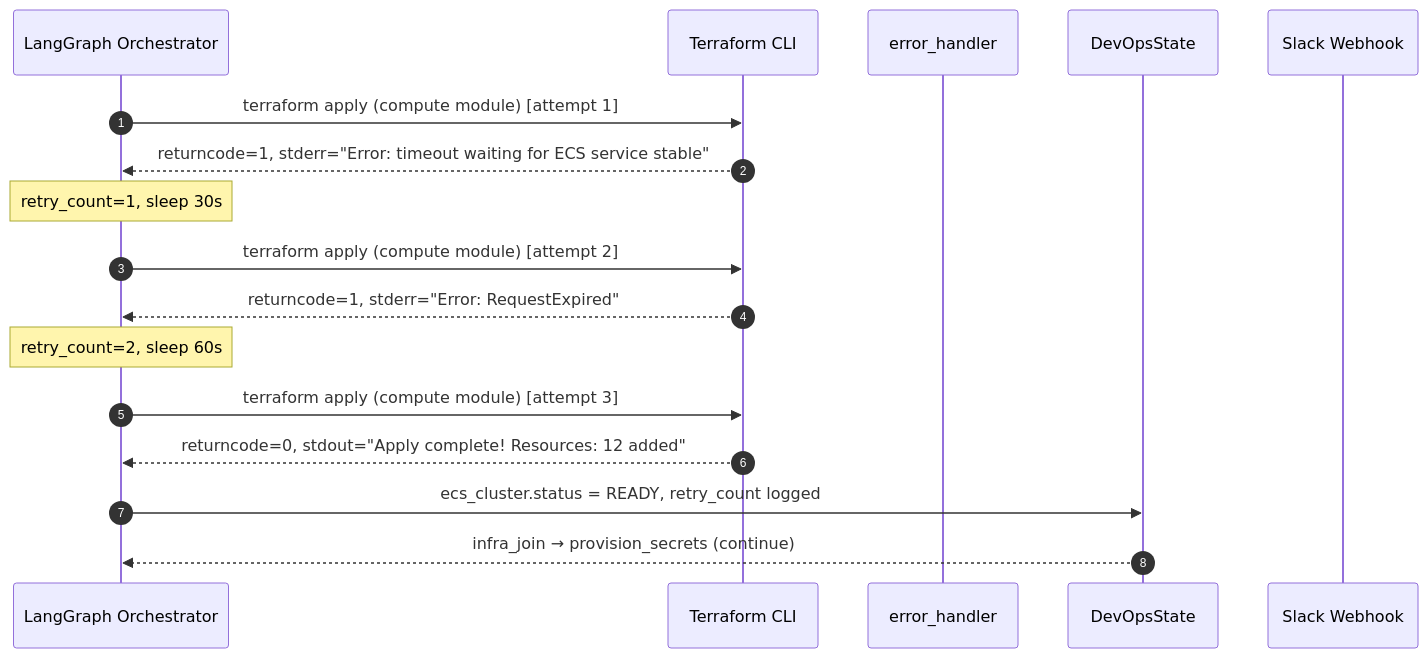
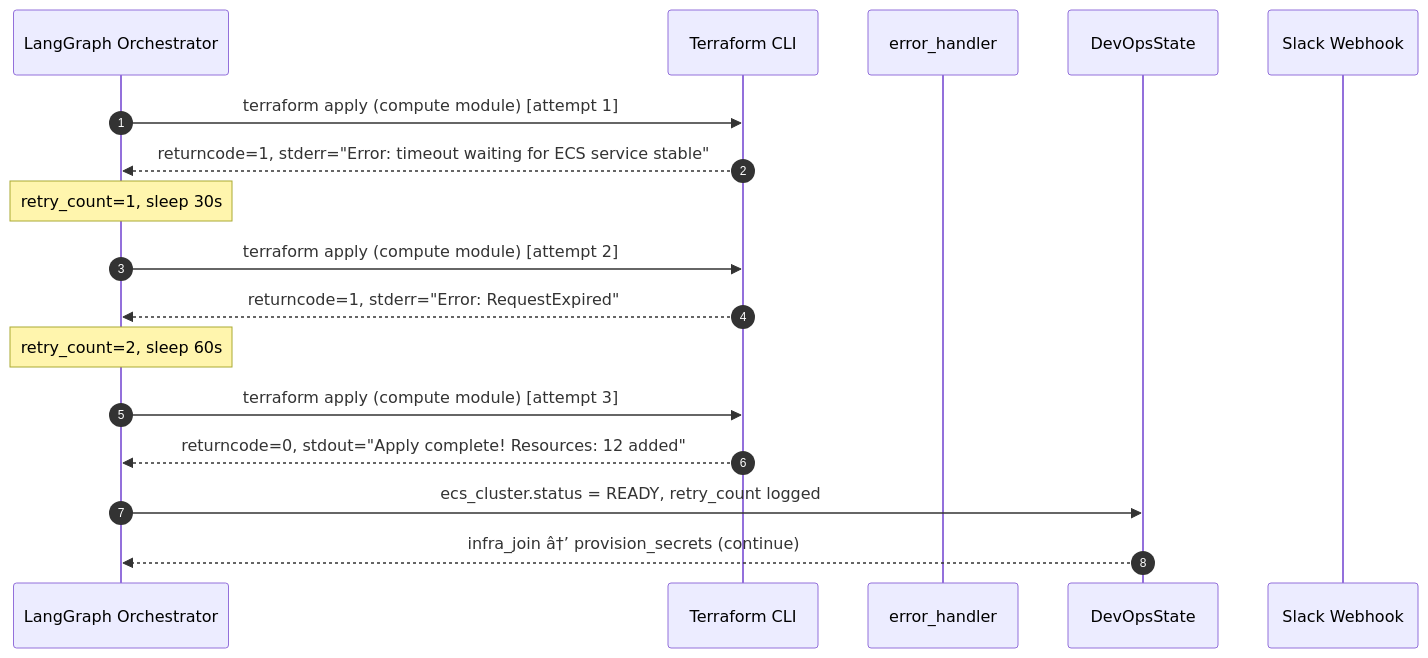
One commit to kaushraj1/AutoFounder changed the second of 5 diagrams in docs/architecture/Agents-Architecture/devops-agent.md. Above: the diagram before and after it, drawn with Mermaid. The commit also changed other lines of this file and 68 other files, not shown here.

````diff
--- a/docs/architecture/Agents-Architecture/devops-agent.md
+++ b/docs/architecture/Agents-Architecture/devops-agent.md
@@ -1771,23 +1771,23 @@
 ```mermaid
 sequenceDiagram
     autonumber
     participant Graph as LangGraph Orchestrator
     participant TF    as Terraform CLI
     participant EH    as error_handler
     participant State as DevOpsState
     participant Slack as Slack Webhook
 
     Graph ->> TF: terraform apply (compute module) [attempt 1]
     TF -->> Graph: returncode=1, stderr="Error: timeout waiting for ECS service stable"
 
     Note over Graph: retry_count=1, sleep 30s
     Graph ->> TF: terraform apply (compute module) [attempt 2]
     TF -->> Graph: returncode=1, stderr="Error: RequestExpired"
 
     Note over Graph: retry_count=2, sleep 60s
     Graph ->> TF: terraform apply (compute module) [attempt 3]
     TF -->> Graph: returncode=0, stdout="Apply complete! Resources: 12 added"
 
     Graph ->> State: ecs_cluster.status = READY, retry_count logged
-    State -->> Graph: infra_join → provision_secrets (continue)
+    State -->> Graph: infra_join â†’ provision_secrets (continue)
 ```
````
